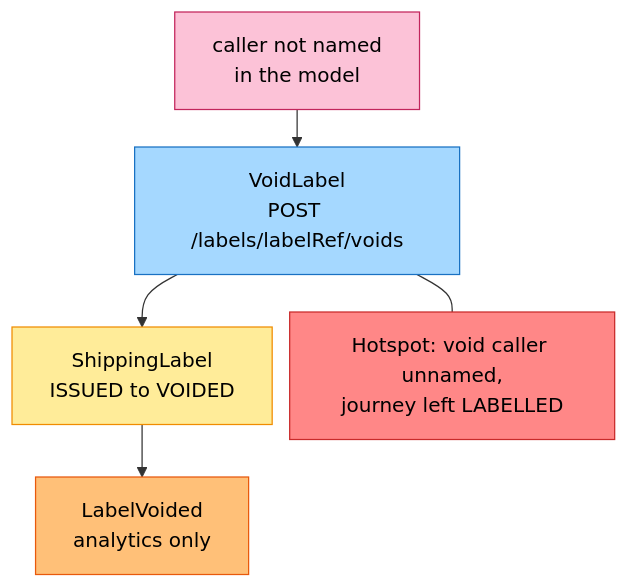
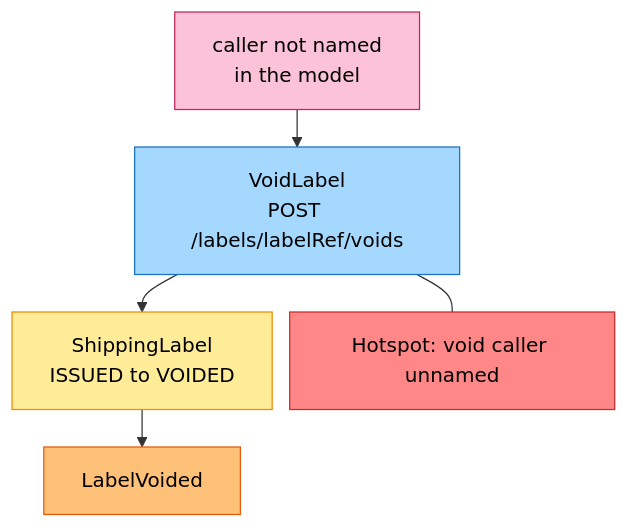
The second of 5 diagrams in network/docs/contexts/shipping-and-tracking/eventstorming.md (IQVO/warehouse-docs), drawn with Mermaid before and after one commit. The commit also changed other lines of this file and 9 other files, not shown here.

Commit message:
network(shipping-and-tracking): align model and pack with ADR 0002/0004 (commit-time CloudEvents time, SHIPMENT_CONFIRMED scan, void rules, return/lost triggers, integration consumers of LabelVoided/PackageReturned/PackageLost)

````diff
--- a/network/docs/contexts/shipping-and-tracking/eventstorming.md
+++ b/network/docs/contexts/shipping-and-tracking/eventstorming.md
@@ -82,20 +82,20 @@
 ```mermaid
 %%{init: {"flowchart": {"nodeSpacing": 14, "rankSpacing": 30}}}%%
 flowchart TB
     U["caller not named<br/>in the model"]:::external
     C3["VoidLabel<br/>POST /labels/labelRef/voids"]:::command
     G1["ShippingLabel<br/>ISSUED to VOIDED"]:::aggregate
-    E2["LabelVoided<br/>analytics only"]:::event
-    H4["Hotspot: void caller unnamed,<br/>journey left LABELLED"]:::hotspot
+    E2["LabelVoided"]:::event
+    H4["Hotspot: void caller unnamed"]:::hotspot
     U --> C3
     C3 --> G1
     G1 --> E2
     C3 --- H4
     classDef command fill:#a5d8ff,stroke:#1971c2,color:#000
     classDef aggregate fill:#ffec99,stroke:#f08c00,color:#000
     classDef event fill:#ffc078,stroke:#e8590c,color:#000
     classDef policy fill:#d0bfff,stroke:#7048e8,color:#000
     classDef readmodel fill:#b2f2bb,stroke:#2f9e44,color:#000
     classDef external fill:#fcc2d7,stroke:#c2255c,color:#000
     classDef hotspot fill:#ff8787,stroke:#c92a2a,color:#000
 ```
````
